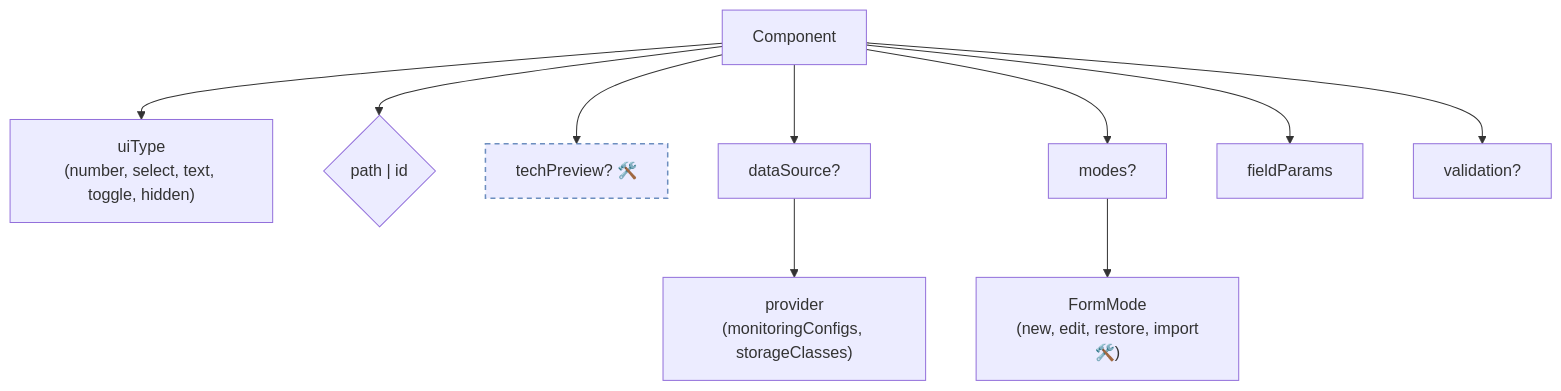
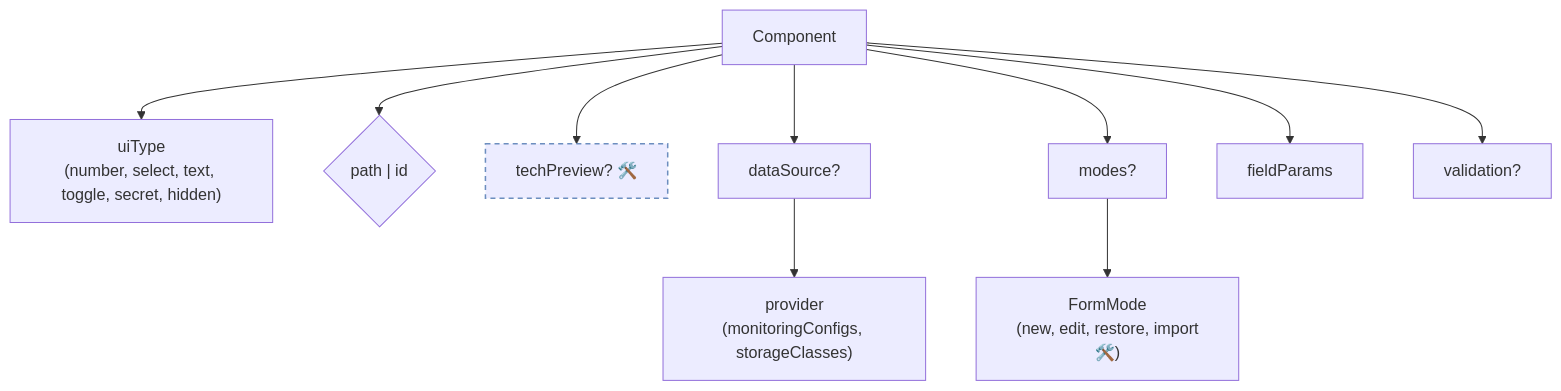
One commit to AdityaPimpalkar/openeverest changed the third of 6 diagrams in docs/ui/architecture/ui-generator/schema-reference.md. Above: the diagram before and after it, drawn with Mermaid. The commit also changed other lines of this file and 56 other files, not shown here.

````diff
--- a/docs/ui/architecture/ui-generator/schema-reference.md
+++ b/docs/ui/architecture/ui-generator/schema-reference.md
@@ -50,15 +50,15 @@
 ```mermaid
 flowchart TD
-  CMP["Component"] --> UT["uiType<br/>(number, select, text, toggle, hidden)"]
+  CMP["Component"] --> UT["uiType<br/>(number, select, text, toggle, secret, hidden)"]
   CMP --> PID{"path | id"}
   CMP --> TP2["techPreview? 🛠️"]
   CMP --> DS2["dataSource?"]
   DS2 --> PROVIDER["provider<br/>(monitoringConfigs, storageClasses)"]
   CMP --> MOD2["modes?"]
   MOD2 --> FORM_MODE["FormMode<br/>(new, edit, restore, import🛠️)"]
   CMP --> FP2["fieldParams"]
   CMP --> VAL2["validation?"]
 
   classDef planned stroke-dasharray:5 4,stroke:#6c8ebf,stroke-width:1.5px;
   class TP2 planned;
 ```
````
